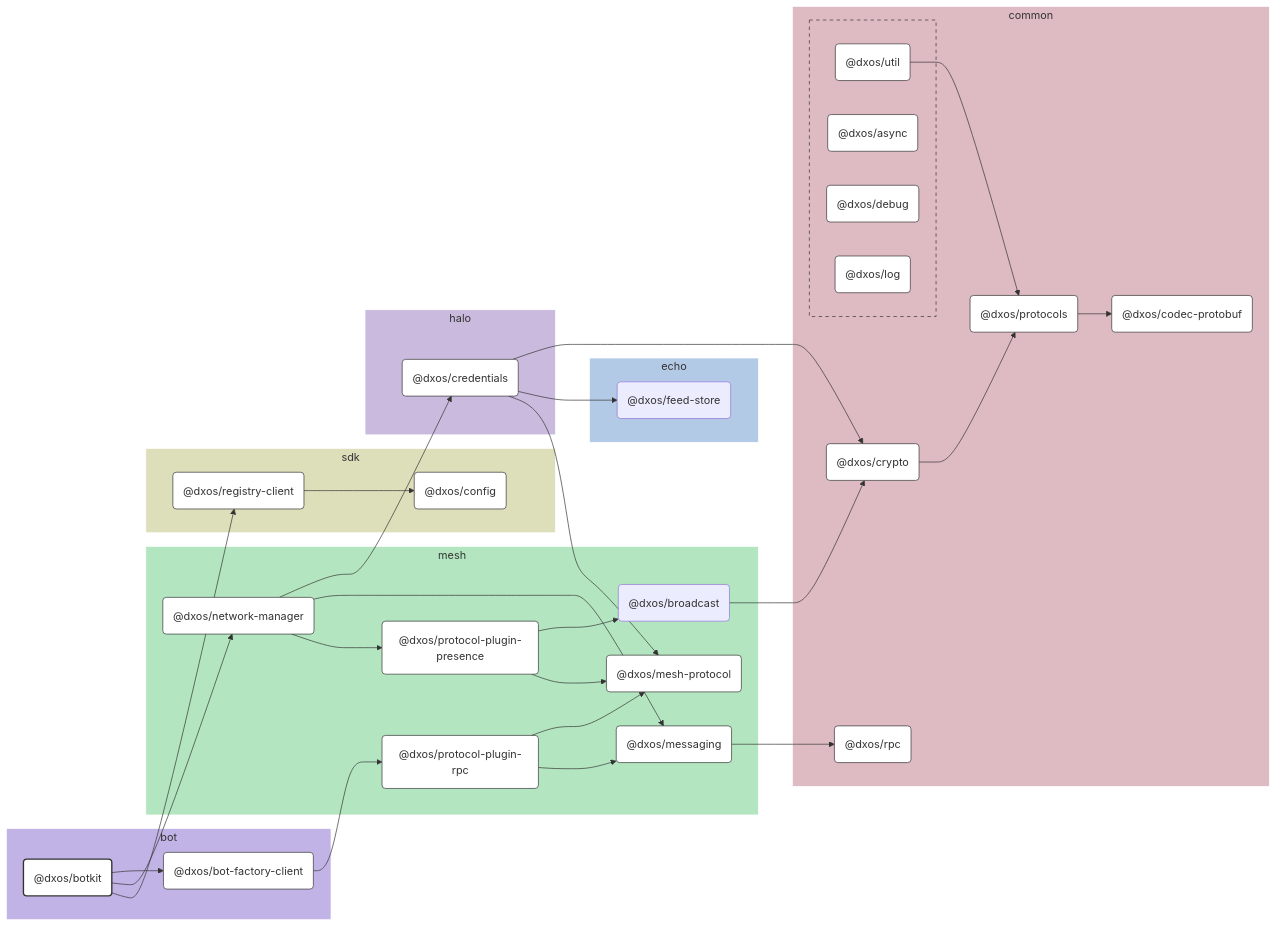
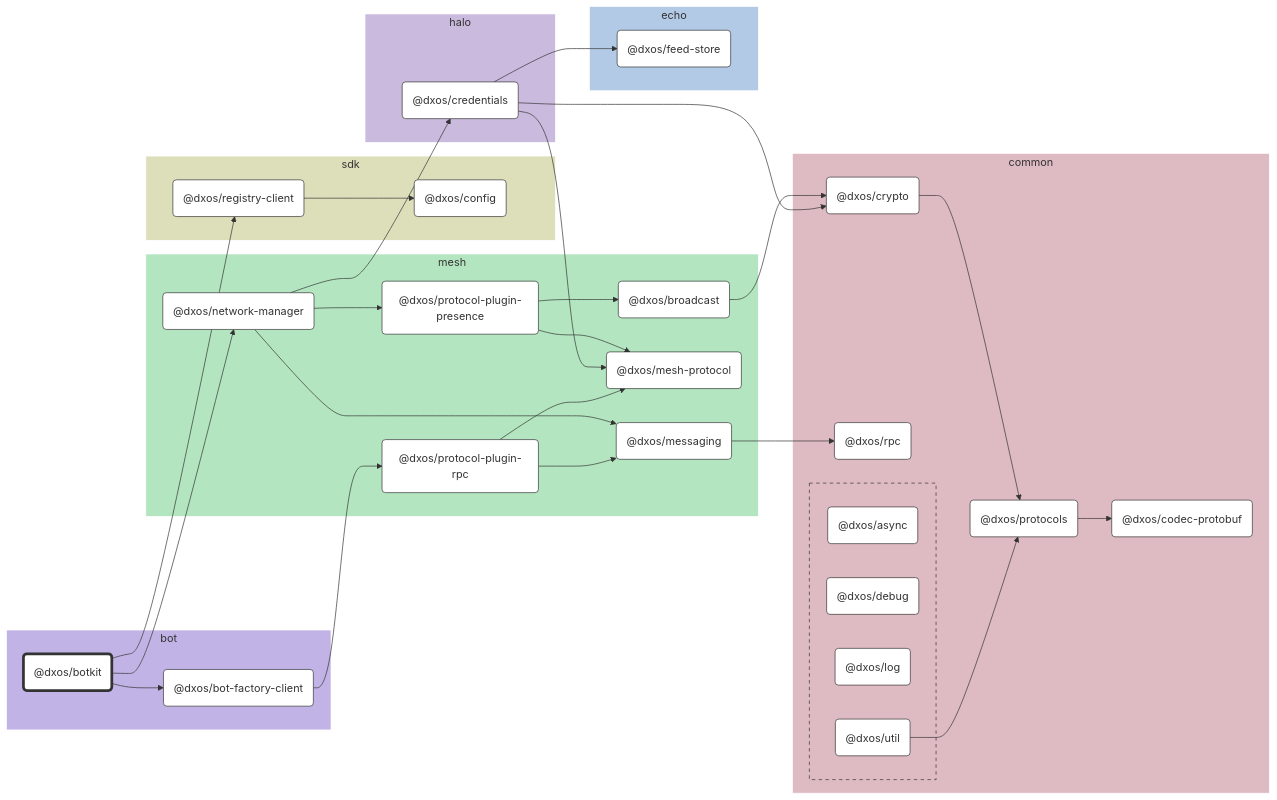
One commit to dxos/dxos changed the diagram in packages/bot/botkit/docs/README.md. Above: the diagram before and after it, drawn with Mermaid. The commit also changed other lines of this file and 104 other files, not shown here.

````diff
--- a/packages/bot/botkit/docs/README.md
+++ b/packages/bot/botkit/docs/README.md
@@ -9,126 +9,100 @@
 
 flowchart LR
 
-%% Links
-dxos/bot-factory-client --> dxos/protocol-plugin-rpc;
-dxos/botkit --> dxos/bot-factory-client;
-dxos/botkit --> dxos/network-manager;
-dxos/botkit --> dxos/registry-client;
-dxos/broadcast --> dxos/crypto;
-dxos/credentials --> dxos/crypto;
-dxos/credentials --> dxos/feed-store;
-dxos/credentials --> dxos/mesh-protocol;
-dxos/crypto --> dxos/protocols;
-dxos/messaging --> dxos/rpc;
-dxos/network-manager --> dxos/credentials;
-dxos/network-manager --> dxos/messaging;
-dxos/network-manager --> dxos/protocol-plugin-presence;
-dxos/protocol-plugin-presence --> dxos/broadcast;
-dxos/protocol-plugin-presence --> dxos/mesh-protocol;
-dxos/protocol-plugin-rpc --> dxos/mesh-protocol;
-dxos/protocol-plugin-rpc --> dxos/messaging;
-dxos/protocols --> dxos/codec-protobuf;
-dxos/registry-client --> dxos/config;
-dxos/util --> dxos/protocols;
+%% Classes
+classDef def fill:#fff,stroke:#333,stroke-width:1px
+classDef root fill:#fff,stroke:#333,stroke-width:4px
 
-%% Sections
-subgraph bot
-  style bot fill:#c2b3e6,stroke:#fff;
+%% Nodes
 
-  dxos/bot-factory-client("@dxos/bot-factory-client")
-  dxos/botkit("@dxos/botkit")
+subgraph bot [bot]
+  style bot fill:#c2b3e6,stroke:#fff
+  dxos/botkit("@dxos/botkit"):::root
+  click dxos/botkit "dxos/dxos/tree/main/packages/bot/botkit/docs"
+  dxos/bot-factory-client("@dxos/bot-factory-client"):::def
+  click dxos/bot-factory-client "dxos/dxos/tree/main/packages/bot/bot-factory-client/docs"
 end
 
-subgraph common
-  style common fill:#debac2,stroke:#fff;
-
-  dxos/codec-protobuf("@dxos/codec-protobuf")
-  dxos/crypto("@dxos/crypto")
-  dxos/protocols("@dxos/protocols")
-  dxos/rpc("@dxos/rpc")
+subgraph common [common]
+  style common fill:#debac2,stroke:#fff
+  dxos/codec-protobuf("@dxos/codec-protobuf"):::def
+  click dxos/codec-protobuf "dxos/dxos/tree/main/packages/common/codec-protobuf/docs"
+  dxos/protocols("@dxos/protocols"):::def
+  click dxos/protocols "dxos/dxos/tree/main/packages/common/protocols/docs"
+  dxos/rpc("@dxos/rpc"):::def
+  click dxos/rpc "dxos/dxos/tree/main/packages/common/rpc/docs"
+  dxos/crypto("@dxos/crypto"):::def
+  click dxos/crypto "dxos/dxos/tree/main/packages/common/crypto/docs"
 
   subgraph common-excluded [ ]
-    style common-excluded fill:#debac2,stroke:#333,stroke-dasharray:5 5;
-
-    dxos/async("@dxos/async")
-    dxos/debug("@dxos/debug")
-    dxos/log("@dxos/log")
-    dxos/util("@dxos/util")
+    style common-excluded fill:#debac2,stroke:#333,stroke-dasharray:5 5
+    dxos/async("@dxos/async"):::def
+    click dxos/async "dxos/dxos/tree/main/packages/common/async/docs"
+    dxos/debug("@dxos/debug"):::def
+    click dxos/debug "dxos/dxos/tree/main/packages/common/debug/docs"
+    dxos/log("@dxos/log"):::def
+    click dxos/log "dxos/dxos/tree/main/packages/common/log/docs"
+    dxos/util("@dxos/util"):::def
+    click dxos/util "dxos/dxos/tree/main/packages/common/util/docs"
   end
 end
 
-subgraph mesh
-  style mesh fill:#b3e6c0,stroke:#fff;
-
-  dxos/broadcast("@dxos/broadcast")
-  dxos/mesh-protocol("@dxos/mesh-protocol")
-  dxos/messaging("@dxos/messaging")
-  dxos/network-manager("@dxos/network-manager")
-  dxos/protocol-plugin-presence("@dxos/protocol-plugin-presence")
-  dxos/protocol-plugin-rpc("@dxos/protocol-plugin-rpc")
+subgraph mesh [mesh]
+  style mesh fill:#b3e6c0,stroke:#fff
+  dxos/protocol-plugin-rpc("@dxos/protocol-plugin-rpc"):::def
+  click dxos/protocol-plugin-rpc "dxos/dxos/tree/main/packages/mesh/protocol-plugin-rpc/docs"
+  dxos/messaging("@dxos/messaging"):::def
+  click dxos/messaging "dxos/dxos/tree/main/packages/mesh/messaging/docs"
+  dxos/mesh-protocol("@dxos/mesh-protocol"):::def
+  click dxos/mesh-protocol "dxos/dxos/tree/main/packages/mesh/mesh-protocol/docs"
+  dxos/network-manager("@dxos/network-manager"):::def
+  click dxos/network-manager "dxos/dxos/tree/main/packages/mesh/network-manager/docs"
+  dxos/protocol-plugin-presence("@dxos/protocol-plugin-presence"):::def
+  click dxos/protocol-plugin-presence "dxos/dxos/tree/main/packages/mesh/protocol-plugin-presence/docs"
+  dxos/broadcast("@dxos/broadcast"):::def
+  click dxos/broadcast "dxos/dxos/tree/main/packages/mesh/broadcast/docs"
 end
 
-subgraph sdk
-  style sdk fill:#dddeba,stroke:#fff;
-
-  dxos/config("@dxos/config")
-  dxos/registry-client("@dxos/registry-client")
+subgraph sdk [sdk]
+  style sdk fill:#dddeba,stroke:#fff
+  dxos/config("@dxos/config"):::def
+  click dxos/config "dxos/dxos/tree/main/packages/sdk/config/docs"
+  dxos/registry-client("@dxos/registry-client"):::def
+  click dxos/registry-client "dxos/dxos/tree/main/packages/sdk/registry-client/docs"
 end
 
-subgraph halo
-  style halo fill:#cabade,stroke:#fff;
-
-  dxos/credentials("@dxos/credentials")
+subgraph halo [halo]
+  style halo fill:#cabade,stroke:#fff
+  dxos/credentials("@dxos/credentials"):::def
+  click dxos/credentials "dxos/dxos/tree/main/packages/halo/credentials/docs"
 end
 
-subgraph echo
-  style echo fill:#b3cae6,stroke:#fff;
-
-  dxos/feed-store("@dxos/feed-store")
+subgraph echo [echo]
+  style echo fill:#b3cae6,stroke:#fff
+  dxos/feed-store("@dxos/feed-store"):::def
+  click dxos/feed-store "dxos/dxos/tree/main/packages/echo/feed-store/docs"
 end
 
-
-%% Hyperlinks
-click dxos/async "dxos/dxos/tree/main/packages/common/async/docs";
-click dxos/bot-factory-client "dxos/dxos/tree/main/packages/bot/bot-factory-client/docs";
-click dxos/codec-protobuf "dxos/dxos/tree/main/packages/common/codec-protobuf/docs";
-click dxos/config "dxos/dxos/tree/main/packages/sdk/config/docs";
-click dxos/credentials "dxos/dxos/tree/main/packages/halo/credentials/docs";
-click dxos/crypto "dxos/dxos/tree/main/packages/common/crypto/docs";
-click dxos/debug "dxos/dxos/tree/main/packages/common/debug/docs";
-click dxos/log "dxos/dxos/tree/main/packages/common/log/docs";
-click dxos/mesh-protocol "dxos/dxos/tree/main/packages/mesh/mesh-protocol/docs";
-click dxos/messaging "dxos/dxos/tree/main/packages/mesh/messaging/docs";
-click dxos/network-manager "dxos/dxos/tree/main/packages/mesh/network-manager/docs";
-click dxos/protocol-plugin-presence "dxos/dxos/tree/main/packages/mesh/protocol-plugin-presence/docs";
-click dxos/protocol-plugin-rpc "dxos/dxos/tree/main/packages/mesh/protocol-plugin-rpc/docs";
-click dxos/protocols "dxos/dxos/tree/main/packages/common/protocols/docs";
-click dxos/registry-client "dxos/dxos/tree/main/packages/sdk/registry-client/docs";
-click dxos/rpc "dxos/dxos/tree/main/packages/common/rpc/docs";
-click dxos/util "dxos/dxos/tree/main/packages/common/util/docs";
-
-%% Styles
-classDef rootNode fill:#fff,stroke:#333,stroke-width:2px
-classDef defaultNode fill:#fff,stroke:#333,stroke-width:1px
+%% Links
 linkStyle default stroke:#333,stroke-width:1px
-
-dxos/botkit:::rootNode
-
-dxos/async:::defaultNode
-dxos/bot-factory-client:::defaultNode
-dxos/codec-protobuf:::defaultNode
-dxos/config:::defaultNode
-dxos/credentials:::defaultNode
-dxos/crypto:::defaultNode
-dxos/debug:::defaultNode
-dxos/log:::defaultNode
-dxos/mesh-protocol:::defaultNode
-dxos/messaging:::defaultNode
-dxos/network-manager:::defaultNode
-dxos/protocol-plugin-presence:::defaultNode
-dxos/protocol-plugin-rpc:::defaultNode
-dxos/protocols:::defaultNode
-dxos/registry-client:::defaultNode
-dxos/rpc:::defaultNode
-dxos/util:::defaultNode
+dxos/botkit --> dxos/bot-factory-client
+dxos/bot-factory-client --> dxos/protocol-plugin-rpc
+dxos/protocol-plugin-rpc --> dxos/messaging
+dxos/protocols --> dxos/codec-protobuf
+dxos/messaging --> dxos/rpc
+dxos/util --> dxos/protocols
+dxos/protocol-plugin-rpc --> dxos/mesh-protocol
+dxos/crypto --> dxos/protocols
+dxos/botkit --> dxos/network-manager
+dxos/network-manager --> dxos/credentials
+dxos/credentials --> dxos/crypto
+dxos/credentials --> dxos/feed-store
+dxos/credentials --> dxos/mesh-protocol
+dxos/network-manager --> dxos/messaging
+dxos/network-manager --> dxos/protocol-plugin-presence
+dxos/protocol-plugin-presence --> dxos/broadcast
+dxos/broadcast --> dxos/crypto
+dxos/protocol-plugin-presence --> dxos/mesh-protocol
+dxos/botkit --> dxos/registry-client
+dxos/registry-client --> dxos/config
 ```
````
